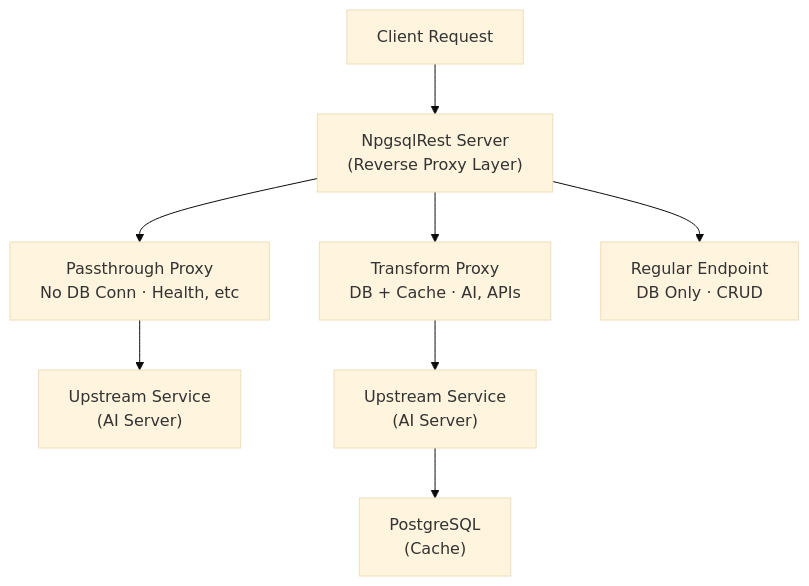
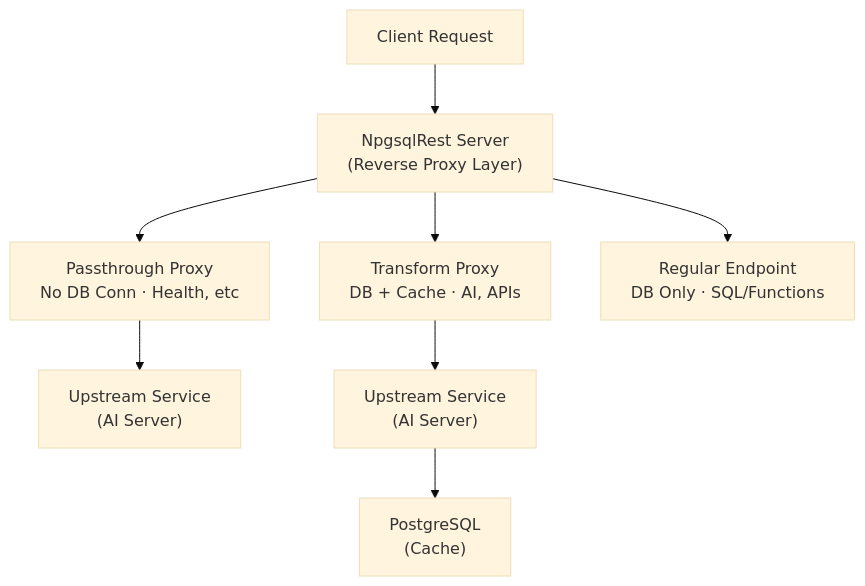
One commit to NpgsqlRest/npgsqlrest-docs changed the diagram in docs/blog/reverse-proxy-postgresql-ai-service-npgsqlrest.md. Above: the diagram before and after it, drawn with Mermaid (base theme). The commit also changed 129 other files, not shown here.

````diff
--- a/docs/blog/reverse-proxy-postgresql-ai-service-npgsqlrest.md
+++ b/docs/blog/reverse-proxy-postgresql-ai-service-npgsqlrest.md
@@ -146,20 +146,20 @@
 ```mermaid
 flowchart TB
     C["Client Request"] --> N["NpgsqlRest Server
     (Reverse Proxy Layer)"]
 
     N --> PT["Passthrough Proxy
     No DB Conn · Health, etc"]
     N --> TR["Transform Proxy
     DB + Cache · AI, APIs"]
     N --> RE["Regular Endpoint
-    DB Only · CRUD"]
+    DB Only · SQL/Functions"]
 
     PT --> U1["Upstream Service
     (AI Server)"]
     TR --> U2["Upstream Service
     (AI Server)"]
 
     U2 --> PG["PostgreSQL
     (Cache)"]
 ```
````
